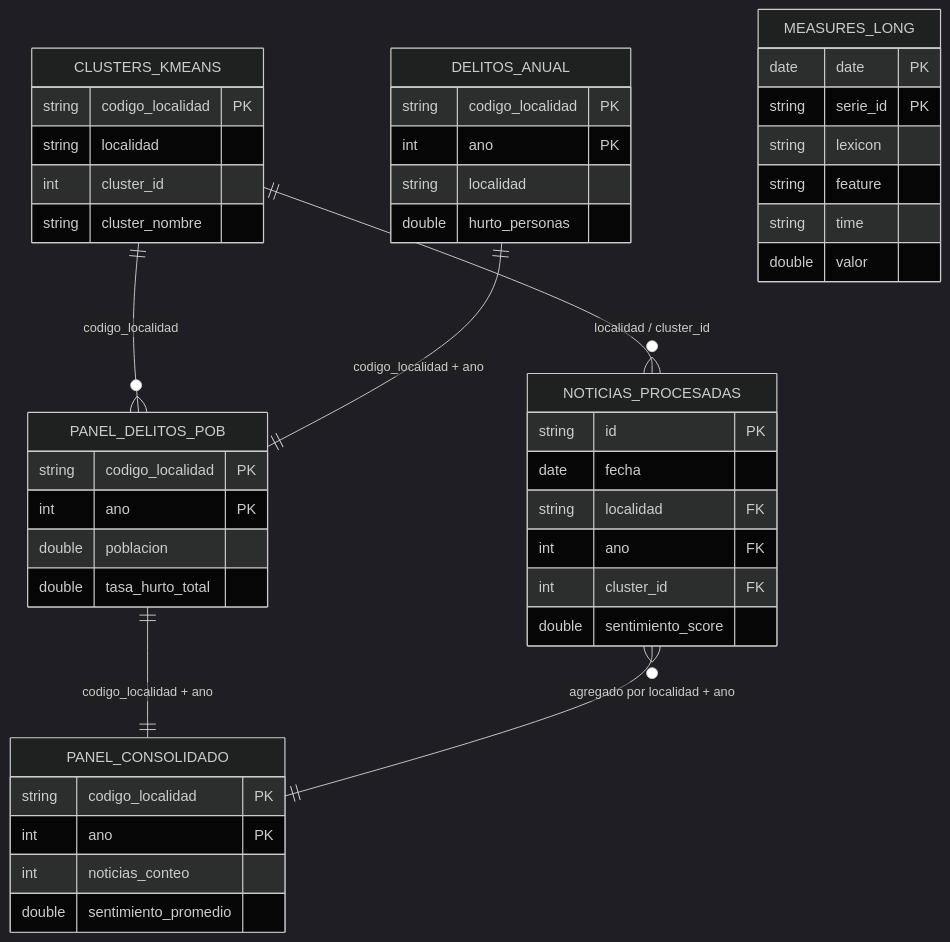
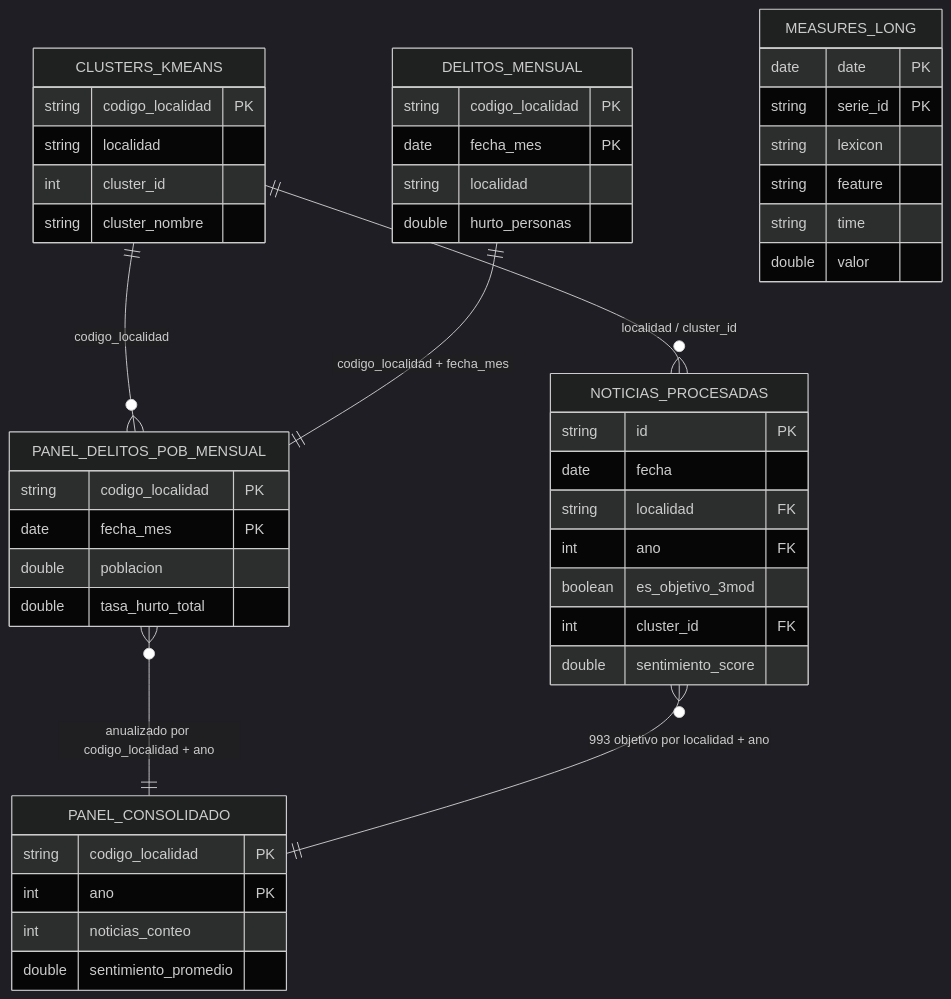
Before and after one commit to juanjo-edm/Repo_Entrega_Final_Taller_R: the second of 2 diagrams in docs/diccionario_datos/README.md, drawn with Mermaid (dark theme). The commit also changed other lines of this file and 60 other files, not shown here.

````diff
--- a/docs/diccionario_datos/README.md
+++ b/docs/diccionario_datos/README.md
@@ -99,49 +99,50 @@
 ```mermaid
 erDiagram
     CLUSTERS_KMEANS {
         string codigo_localidad PK
         string localidad
         int cluster_id
         string cluster_nombre
     }
-    DELITOS_ANUAL {
+    DELITOS_MENSUAL {
         string codigo_localidad PK
-        int ano PK
+        date fecha_mes PK
         string localidad
         double hurto_personas
     }
-    PANEL_DELITOS_POB {
+    PANEL_DELITOS_POB_MENSUAL {
         string codigo_localidad PK
-        int ano PK
+        date fecha_mes PK
         double poblacion
         double tasa_hurto_total
     }
     PANEL_CONSOLIDADO {
         string codigo_localidad PK
         int ano PK
         int noticias_conteo
         double sentimiento_promedio
     }
     NOTICIAS_PROCESADAS {
         string id PK
         date fecha
         string localidad FK
         int ano FK
+        boolean es_objetivo_3mod
         int cluster_id FK
         double sentimiento_score
     }
     MEASURES_LONG {
         date date PK
         string serie_id PK
         string lexicon
         string feature
         string time
         double valor
     }
 
-    CLUSTERS_KMEANS ||--o{ PANEL_DELITOS_POB : "codigo_localidad"
-    DELITOS_ANUAL ||--|| PANEL_DELITOS_POB : "codigo_localidad + ano"
-    PANEL_DELITOS_POB ||--|| PANEL_CONSOLIDADO : "codigo_localidad + ano"
+    CLUSTERS_KMEANS ||--o{ PANEL_DELITOS_POB_MENSUAL : "codigo_localidad"
+    DELITOS_MENSUAL ||--|| PANEL_DELITOS_POB_MENSUAL : "codigo_localidad + fecha_mes"
+    PANEL_DELITOS_POB_MENSUAL }o--|| PANEL_CONSOLIDADO : "anualizado por codigo_localidad + ano"
     CLUSTERS_KMEANS ||--o{ NOTICIAS_PROCESADAS : "localidad / cluster_id"
-    NOTICIAS_PROCESADAS }o--|| PANEL_CONSOLIDADO : "agregado por localidad + ano"
+    NOTICIAS_PROCESADAS }o--|| PANEL_CONSOLIDADO : "993 objetivo por localidad + ano"
 ```
````
